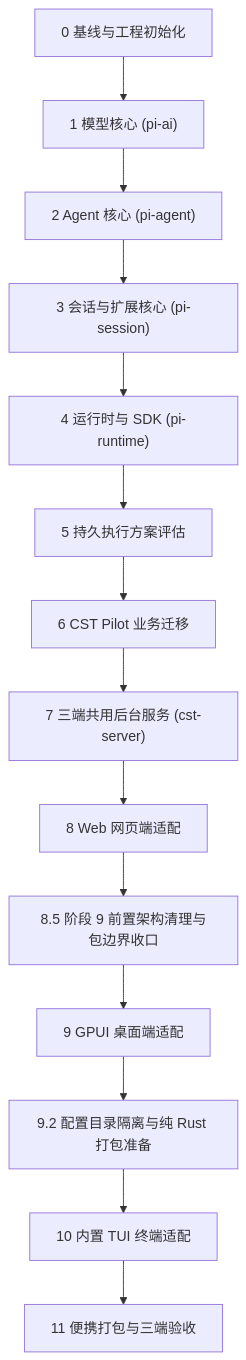
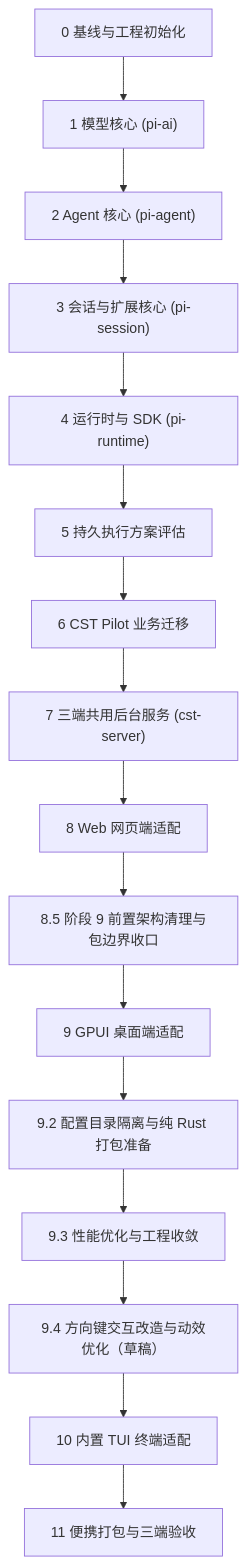
Before and after one commit to SCAU-Computer-Serving-Team/cst-pilot: the diagram in doc/rust/plan/0.PLAN.md, drawn with Mermaid. The commit also changed other lines of this file and 76 other files, not shown here.

````diff
--- a/doc/rust/plan/0.PLAN.md
+++ b/doc/rust/plan/0.PLAN.md
@@ -27,16 +27,18 @@
 ```mermaid
 flowchart TD
     P0["0 基线与工程初始化"] --> P1["1 模型核心 (pi-ai)"]
     P1 --> P2["2 Agent 核心 (pi-agent)"]
     P2 --> P3["3 会话与扩展核心 (pi-session)"]
     P3 --> P4["4 运行时与 SDK (pi-runtime)"]
     P4 --> P5["5 持久执行方案评估"]
     P5 --> P6["6 CST Pilot 业务迁移"]
     P6 --> P7["7 三端共用后台服务 (cst-server)"]
     P7 --> P8["8 Web 网页端适配"]
     P8 --> P85["8.5 阶段 9 前置架构清理与包边界收口"]
     P85 --> P9["9 GPUI 桌面端适配"]
     P9 --> P92["9.2 配置目录隔离与纯 Rust 打包准备"]
-    P92 --> P10["10 内置 TUI 终端适配"]
+    P92 --> P93["9.3 性能优化与工程收敛"]
+    P93 --> P94["9.4 方向键交互改造与动效优化（草稿）"]
+    P94 --> P10["10 内置 TUI 终端适配"]
     P10 --> P11["11 便携打包与三端验收"]
 ```
````
